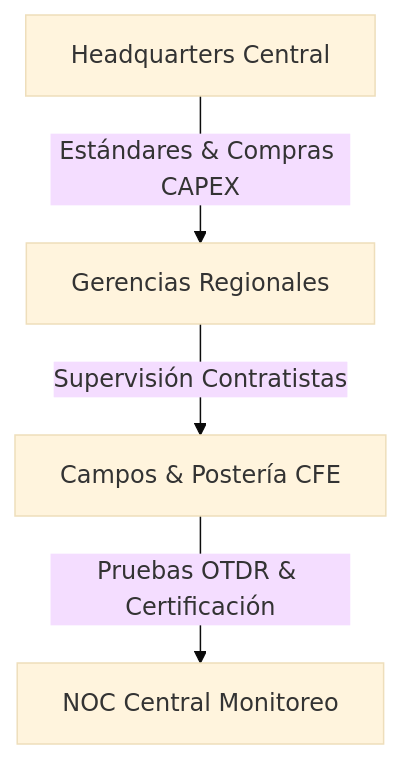
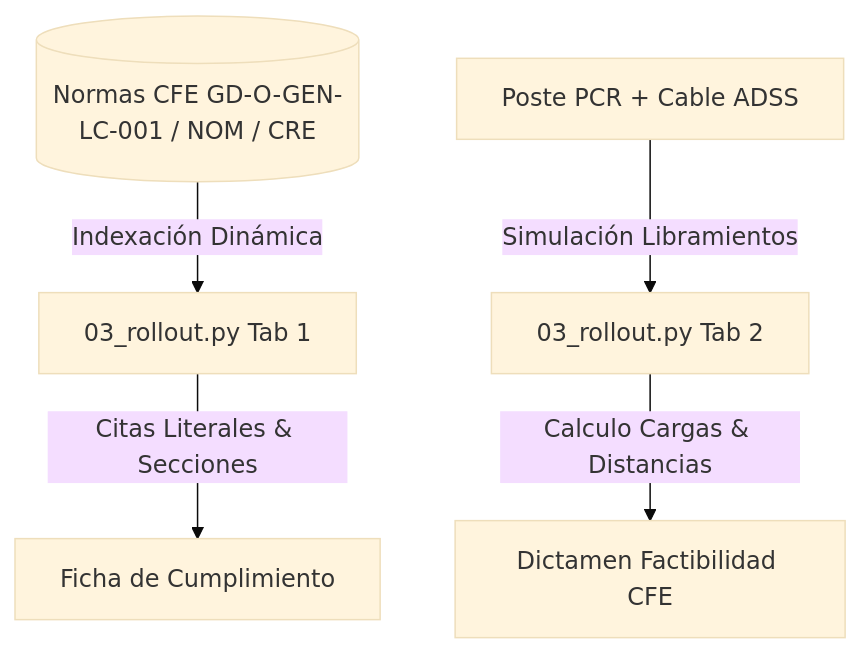
One commit to diegovazapis/somos-internet-expansion changed the third of 10 diagrams in interview_walkthrough.md. Above: the diagram before and after it, drawn with Mermaid (base theme). The commit also changed other lines of this file and 4 other files, not shown here.

````diff
--- a/interview_walkthrough.md
+++ b/interview_walkthrough.md
@@ -129,6 +130,7 @@
 ```mermaid
 graph TD
-    HQ[Headquarters Central] -->|Estándares & Compras CAPEX| Reg[Gerencias Regionales]
-    Reg -->|Supervisión Contratistas| Field[Campos & Postería CFE]
-    Field -->|Pruebas OTDR & Certificación| NOC[NOC Central Monitoreo]
+    NormDB[(Normas CFE GD-O-GEN-LC-001 / NOM / CRE)] -->|Indexación Dinámica| SearchEngine[03_rollout.py Tab 1]
+    SearchEngine -->|Citas Literales & Secciones| ComplianceCard[Ficha de Cumplimiento]
+    UserParams[Poste PCR + Cable ADSS] -->|Simulación Libramientos| PhysicsEngine[03_rollout.py Tab 2]
+    PhysicsEngine -->|Calculo Cargas & Distancias| DictamenSEAS[Dictamen Factibilidad CFE]
 ```
````
